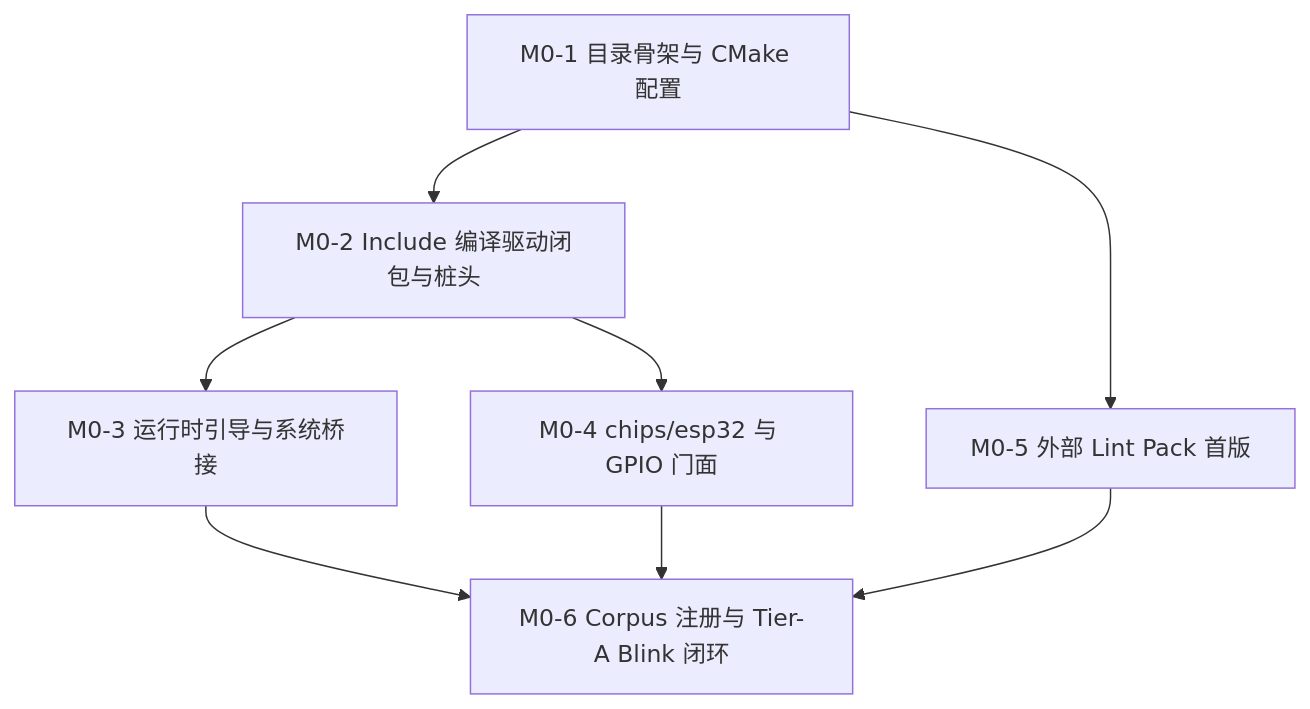
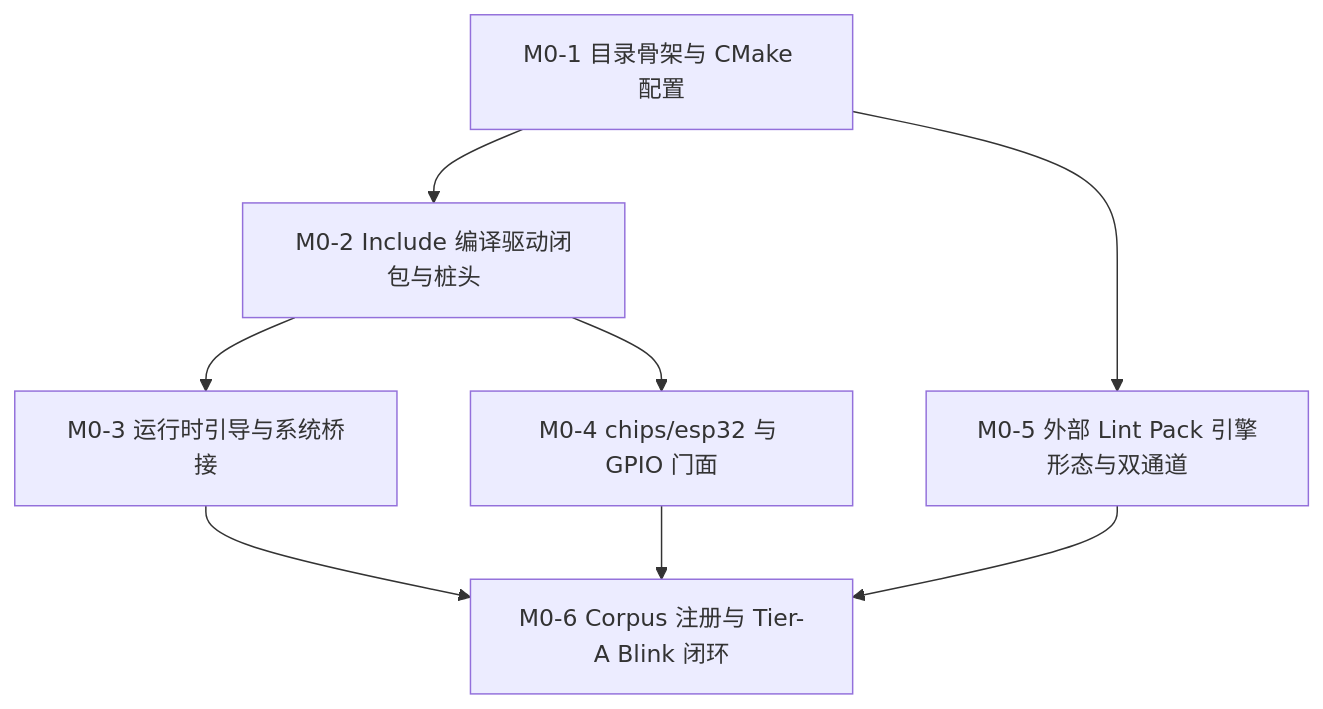
The diagram in docs/implementation-plans/esp32/2026-09-23-esp-idf-sim-m0-gpio-plan.md (wink-cloud-hub/wink-ai-embedded), drawn with Mermaid before and after one commit. The commit also changed other lines of this file, not shown here.

````diff
--- a/docs/implementation-plans/esp32/2026-09-23-esp-idf-sim-m0-gpio-plan.md
+++ b/docs/implementation-plans/esp32/2026-09-23-esp-idf-sim-m0-gpio-plan.md
@@ -187,10 +193,10 @@
 ```mermaid
 graph TD
     M0_1[M0-1 目录骨架与 CMake 配置] --> M0_2[M0-2 Include 编译驱动闭包与桩头]
-    M0_1 --> M0_5[M0-5 外部 Lint Pack 首版]
+    M0_1 --> M0_5[M0-5 外部 Lint Pack 引擎形态与双通道]
     M0_2 --> M0_3[M0-3 运行时引导与系统桥接]
     M0_2 --> M0_4[M0-4 chips/esp32 与 GPIO 门面]
     M0_3 --> M0_6[M0-6 Corpus 注册与 Tier-A Blink 闭环]
     M0_4 --> M0_6
     M0_5 --> M0_6
 ```
````
